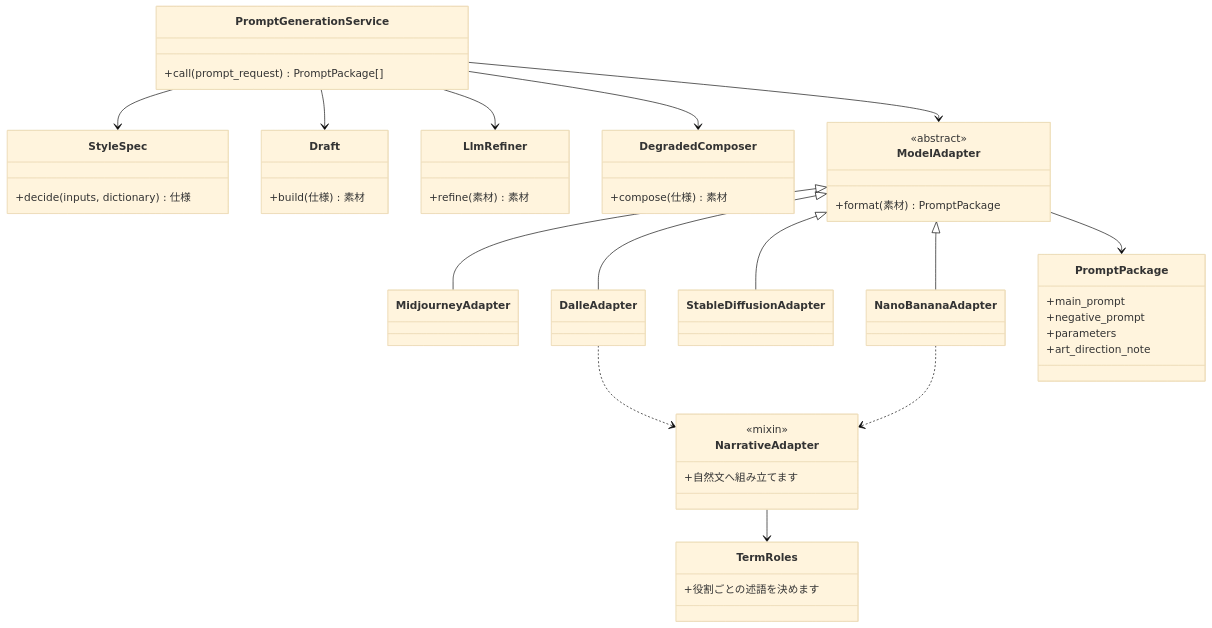
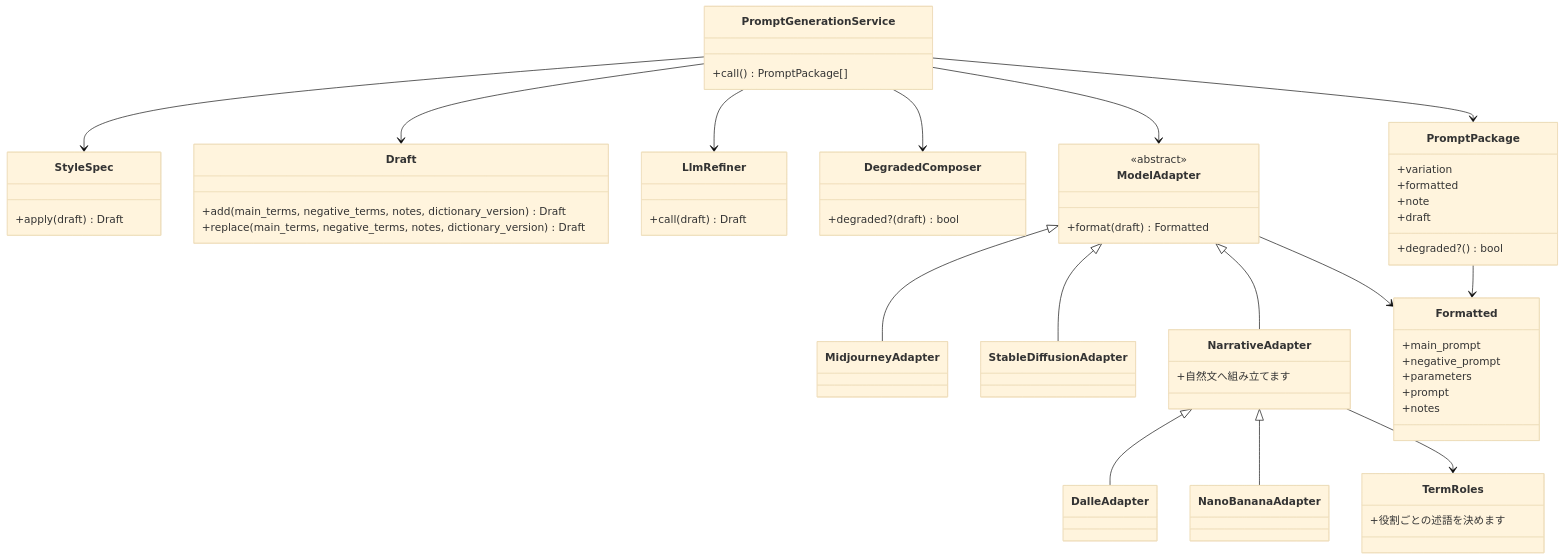
The first of 5 diagrams in SPEC/class.md (rictaworks/hero-prompt-forge), drawn with Mermaid (base theme) before and after one commit. The commit also changed other lines of this file and 9 other files, not shown here.

````diff
--- a/SPEC/class.md
+++ b/SPEC/class.md
@@ -7,53 +7,62 @@
 ```mermaid
 classDiagram
     class PromptGenerationService {
-        +call(prompt_request) PromptPackage[]
+        +call() PromptPackage[]
     }
     class StyleSpec {
-        +decide(inputs, dictionary) 仕様
+        +apply(draft) Draft
     }
     class Draft {
-        +build(仕様) 素材
+        +add(main_terms, negative_terms, notes, dictionary_version) Draft
+        +replace(main_terms, negative_terms, notes, dictionary_version) Draft
     }
     class LlmRefiner {
-        +refine(素材) 素材
+        +call(draft) Draft
     }
     class DegradedComposer {
-        +compose(仕様) 素材
+        +degraded?(draft) bool
     }
     class ModelAdapter {
         <<abstract>>
-        +format(素材) PromptPackage
+        +format(draft) Formatted
     }
     class MidjourneyAdapter
-    class DalleAdapter
     class StableDiffusionAdapter
-    class NanoBananaAdapter
     class NarrativeAdapter {
-        <<mixin>>
         +自然文へ組み立てます
     }
+    class DalleAdapter
+    class NanoBananaAdapter
     class TermRoles {
         +役割ごとの述語を決めます
     }
-    class PromptPackage {
+    class Formatted {
         +main_prompt
         +negative_prompt
         +parameters
-        +art_direction_note
+        +prompt
+        +notes
+    }
+    class PromptPackage {
+        +variation
+        +formatted
+        +note
+        +draft
+        +degraded?() bool
     }
 
     PromptGenerationService --> StyleSpec
     PromptGenerationService --> Draft
     PromptGenerationService --> LlmRefiner
     PromptGenerationService --> DegradedComposer
     PromptGenerationService --> ModelAdapter
+    PromptGenerationService --> PromptPackage
     ModelAdapter <|-- MidjourneyAdapter
-    ModelAdapter <|-- DalleAdapter
     ModelAdapter <|-- StableDiffusionAdapter
-    ModelAdapter <|-- NanoBananaAdapter
-    DalleAdapter ..> NarrativeAdapter
-    NanoBananaAdapter ..> NarrativeAdapter
+    ModelAdapter <|-- NarrativeAdapter
+    NarrativeAdapter <|-- DalleAdapter
+    NarrativeAdapter <|-- NanoBananaAdapter
     NarrativeAdapter --> TermRoles
-    ModelAdapter --> PromptPackage
+    ModelAdapter --> Formatted
+    PromptPackage --> Formatted
 ```
````
